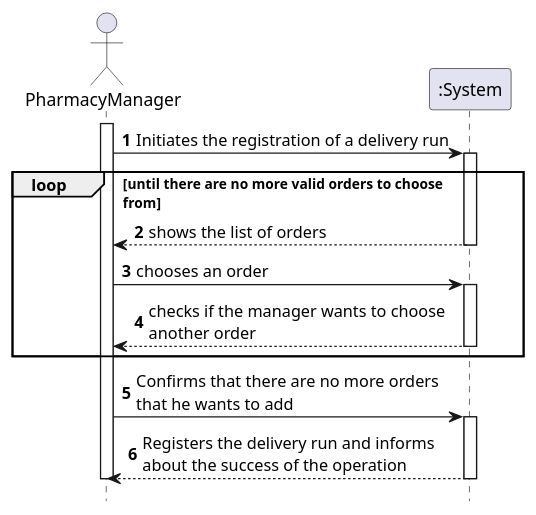
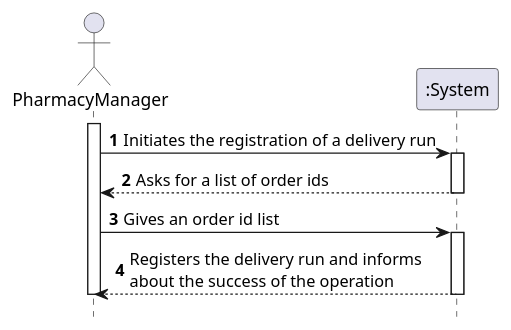
The diagram in docs/Iteration 2/Delivery Management/US206_RegisterDeliveryRun/US206_SSD.puml (tiagoavcosta25/LAPR3), drawn with PlantUML before and after one commit. The commit also changed 22 other files, not shown here.

```diff
--- a/docs/Iteration 2/Delivery Management/US206_RegisterDeliveryRun/US206_SSD.puml
+++ b/docs/Iteration 2/Delivery Management/US206_RegisterDeliveryRun/US206_SSD.puml
@@ -1,37 +1,31 @@
 @startuml
 autonumber
 hide footbox
 
 actor "PharmacyManager" as U
 
 participant ":System" as SYST
 
 activate U
 
 U -> SYST : Initiates the registration of a delivery run
 activate SYST
 
-loop until there are no more valid orders to choose\nfrom
-SYST --> U: shows the list of orders
+SYST --> U: Asks for a list of order ids
 
 deactivate SYST
 
 
 
-U -> SYST : chooses an order
+U -> SYST : Gives an order id list
 activate SYST
-SYST --> U : checks if the manager wants to choose\nanother order
-deactivate SYST
-end
 
-U -> SYST : Confirms that there are no more orders\nthat he wants to add
 
-activate SYST
 SYST --> U : Registers the delivery run and informs\nabout the success of the operation
 deactivate SYST
 
 
 
 deactivate U
 
 @enduml
```
